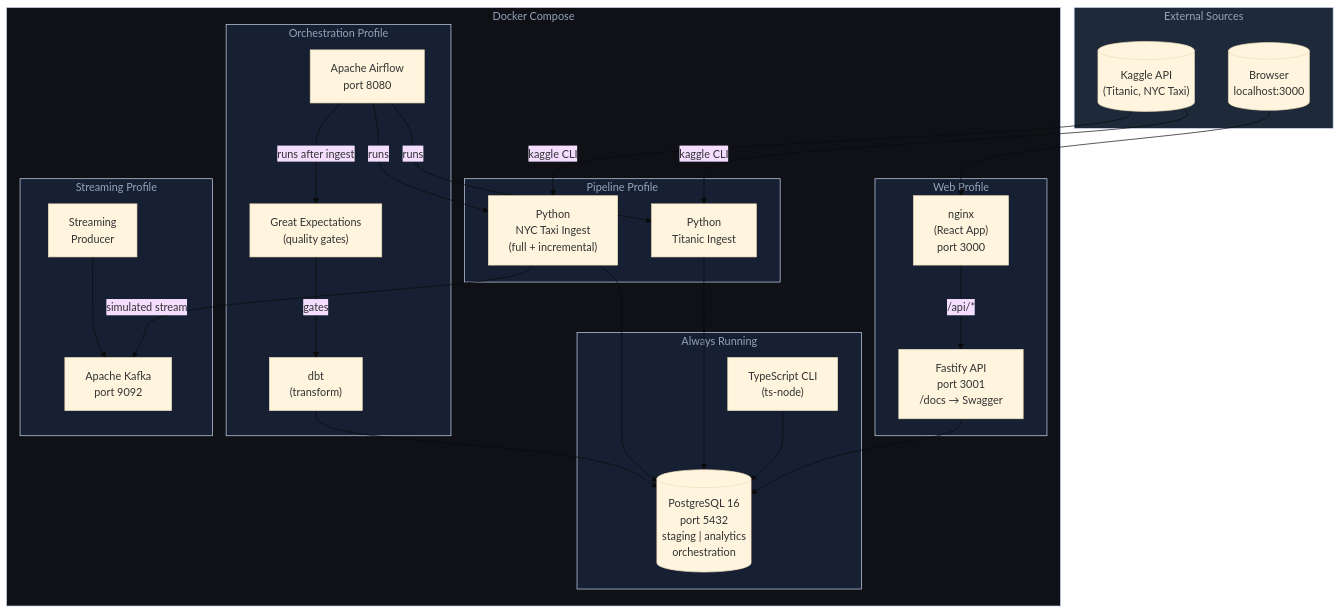
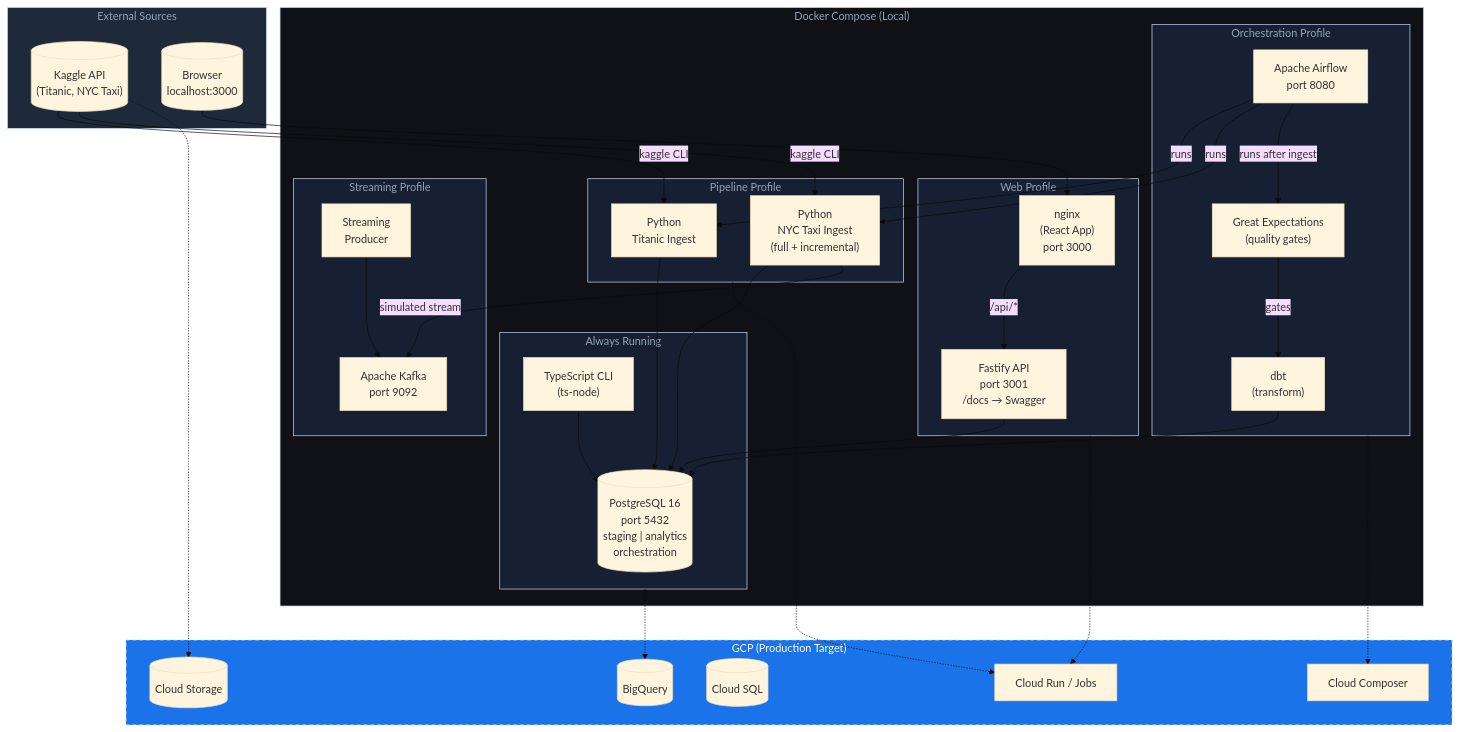
The diagram in docs/architecture/system-diagram.mermaid (Timotheus704/data_engineering_poc), drawn with Mermaid (base theme) before and after one commit. The commit also changed 4 other files, not shown here.

```diff
--- a/docs/architecture/system-diagram.mermaid
+++ b/docs/architecture/system-diagram.mermaid
@@ -1,57 +1,73 @@
 flowchart TB
     subgraph External["External Sources"]
         KAGGLE[("Kaggle API\n(Titanic, NYC Taxi)")]
         BROWSER[("Browser\nlocalhost:3000")]
     end
 
-    subgraph Docker["Docker Compose"]
+    subgraph Docker["Docker Compose (Local)"]
         subgraph Web["Web Profile"]
             NGINX["nginx\n(React App)\nport 3000"]
             API["Fastify API\nport 3001\n/docs → Swagger"]
         end
 
         subgraph Data["Always Running"]
             PG[("PostgreSQL 16\nport 5432\nstaging | analytics\norchestration")]
             CLI["TypeScript CLI\n(ts-node)"]
         end
 
         subgraph Pipeline["Pipeline Profile"]
             PY_T["Python\nTitanic Ingest"]
             PY_N["Python\nNYC Taxi Ingest\n(full + incremental)"]
         end
 
         subgraph Orchestration["Orchestration Profile"]
             AIR["Apache Airflow\nport 8080"]
             DBT["dbt\n(transform)"]
             GX["Great Expectations\n(quality gates)"]
         end
 
         subgraph Streaming["Streaming Profile"]
             KAFKA["Apache Kafka\nport 9092"]
             PROD["Streaming\nProducer"]
         end
     end
 
+    subgraph GCP["GCP (Production Target)"]
+        GCS[("Cloud Storage")]
+        BQ[("BigQuery")]
+        CSQL[("Cloud SQL")]
+        COMP["Cloud Composer"]
+        CRUN["Cloud Run / Jobs"]
+    end
+
     BROWSER --> NGINX
     NGINX -->|"/api/*"| API
     API --> PG
     CLI --> PG
     KAGGLE -->|"kaggle CLI"| PY_T
     KAGGLE -->|"kaggle CLI"| PY_N
     PY_T --> PG
     PY_N --> PG
     AIR -->|"runs"| PY_T
     AIR -->|"runs"| PY_N
     AIR -->|"runs after ingest"| GX
     GX -->|"gates"| DBT
     DBT --> PG
     PY_N -->|"simulated stream"| KAFKA
     PROD --> KAFKA
 
+    %% Production Mapping
+    Pipeline -.-> CRUN
+    Orchestration -.-> COMP
+    Data -.-> BQ
+    Web -.-> CRUN
+    KAGGLE -.-> GCS
+
     style External fill:#1e2a3a,color:#94a3b8
     style Docker fill:#0f1117,color:#94a3b8
     style Web fill:#162032,color:#94a3b8
     style Data fill:#162032,color:#94a3b8
     style Pipeline fill:#162032,color:#94a3b8
     style Orchestration fill:#162032,color:#94a3b8
     style Streaming fill:#162032,color:#94a3b8
+    style GCP fill:#1a73e8,color:#fff,stroke-dasharray: 5 5
```
